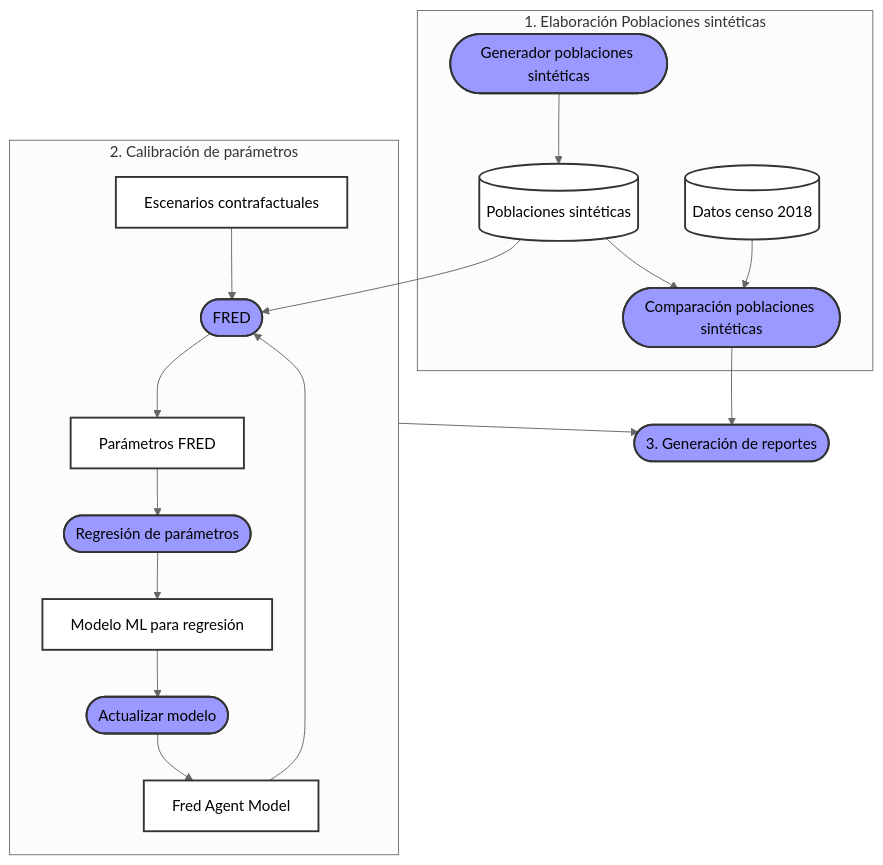
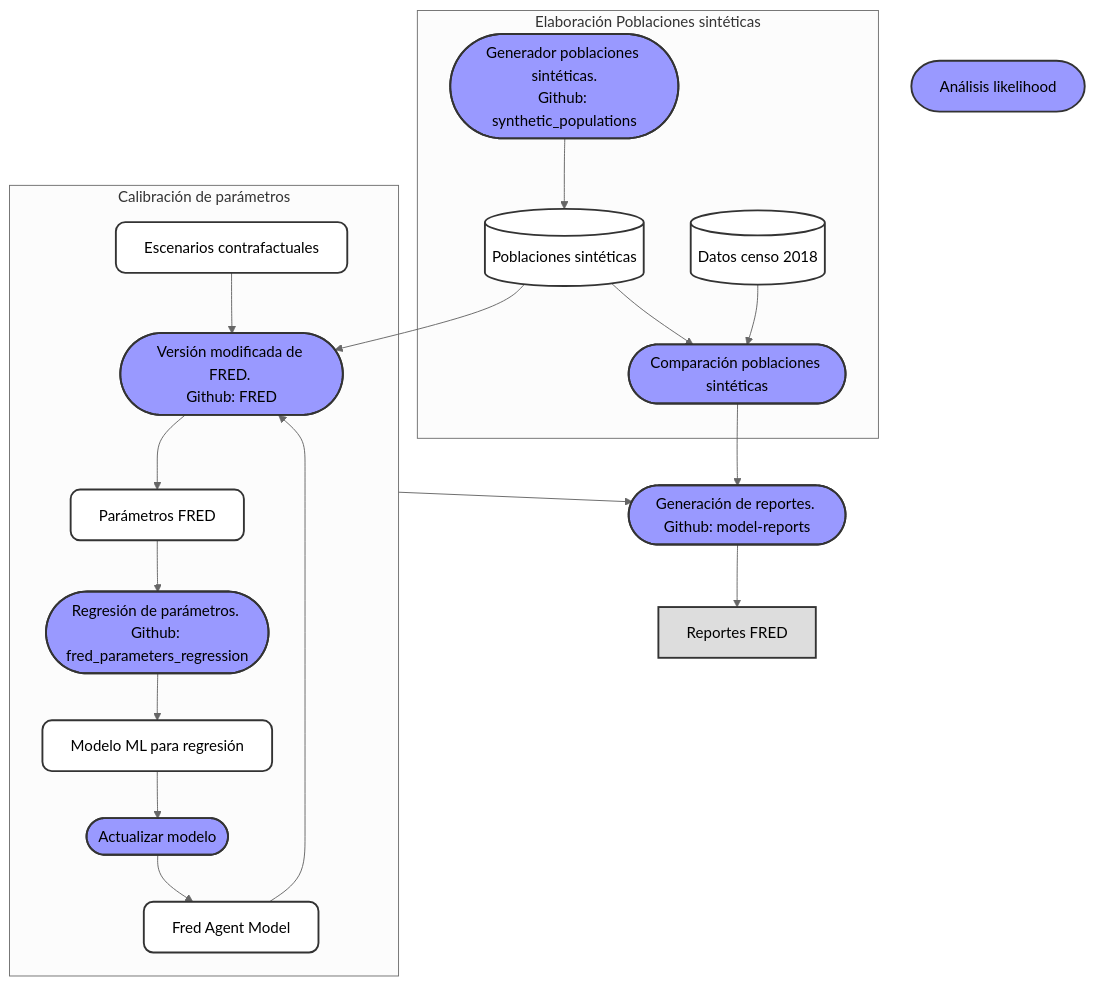
Before and after one commit to AGORA-COL/.github: the diagram in profile/FRED/FlujoDatos.md, drawn with Mermaid (neutral theme). The commit also changed other lines of this file and 2 other files, not shown here.

Commit message:
mejoras menores a la documentación

````diff
--- a/profile/FRED/FlujoDatos.md
+++ b/profile/FRED/FlujoDatos.md
@@ -11,47 +11,55 @@
 ```mermaid
 flowchart TB
-    subgraph EPS[1. Elaboración Poblaciones sintéticas]
-        GPS([Generador poblaciones sintéticas])
+    subgraph EPS[Elaboración Poblaciones sintéticas]
+        GPS(["`Generador poblaciones sintéticas.
+        Github: synthetic_populations`"])
         PS[(Poblaciones sintéticas)]
         CPS([Comparación poblaciones sintéticas])
         DC[(Datos censo 2018)]
     end 
     PS --> F
-    subgraph CP[2. Calibración de parámetros]
+    subgraph CP[Calibración de parámetros]
         EC[Escenarios contrafactuales]
         FAM[Fred Agent Model]
-        F([FRED])
+        F(["`Versión modificada de FRED. 
+        Github: FRED`"])
         FP[Parámetros FRED]
-        RP([Regresión de parámetros])
+        RP(["`Regresión de parámetros. Github: fred_parameters_regression`"])
         ML[Modelo ML para regresión]
         AM([Actualizar modelo])
-        FAM --> F --> FP --> RP --> ML --> AM --> FAM
-        EC --> F
+        EC --> F --> FP --> RP --> ML --> AM --> FAM --> F
     end
-    R([3. Generación de reportes])
+    GR(["`Generación de reportes. Github: model-reports`"])
+    R["Reportes FRED"]
+    AL["Análisis likelihood"]
+
 
     GPS --> PS --> CPS
     DC --> CPS
-    CP --> R
-    CPS --> R
+    CP --> GR
+    CPS --> GR
+    GR --> R
 
 
     %% Links
+    click DC "https://livejaverianaedu-my.sharepoint.com/personal/jemurillo_javeriana_edu_co/_layouts/15/onedrive.aspx?e=5%3Aa55942a7bb4246b7b87344e4c2d263b8&sharingv2=true&fromShare=true&at=9&CT=1727201099492&OR=OWA%2DNT%2DMail&CID=737d02ea%2Df0eb%2Df341%2Df361%2D9bbdab61b3a7&id=%2Fpersonal%2Fjemurillo%5Fjaveriana%5Fedu%5Fco%2FDocuments%2FJAVERIANA%2FProyecto%20AGORA%2FProyecto%20FRED%20AGORA%2FDatos%20FRED%2FFRED%2Dinputs&FolderCTID=0x012000FE02BE409825504DAFD5FA09F3B44529&view=0"
     click GPS "https://github.com/AGORA-COL/synthetic_populations"
-    click ML "https://github.com/AGORA-COL/fred_parameters_regression"
-    click R "https://github.com/AGORA-COL/model-reports"
+    click RP "https://github.com/AGORA-COL/fred_parameters_regression"
+    click GR "https://github.com/AGORA-COL/model-reports"
     click F "https://github.com/AGORA-COL/FRED"
     click FAM "https://github.com/AGORA-COL/fred_colombia_implementation"
+    click R "https://livejaverianaedu-my.sharepoint.com/personal/jemurillo_javeriana_edu_co/_layouts/15/onedrive.aspx?e=5%3A2dab2a3106a34429a7373e273d55a9c9&sharingv2=true&fromShare=true&at=9&CT=1727201153993&OR=OWA-NT-Mail&CID=0732b315-20f6-1e41-fe72-baa3f9a5bcb7&id=%2Fpersonal%2Fjemurillo_javeriana_edu_co%2FDocuments%2FJAVERIANA%2FProyecto%20AGORA%2FProyecto%20FRED%20AGORA%2FDatos%20FRED%2FReportes_FRED&FolderCTID=0x012000FE02BE409825504DAFD5FA09F3B44529&view=0"
+    click AL "https://github.com/AGORA-COL/analisis_likelihood"
 
     %% Styles
-
-    class F,R,RP,GPS,CPS,AM process;
+    class F,GR,RP,GPS,CPS,AM,AL process;
     class PS,DC repository;
     class EC,ML,FAM,FP model;
+    class R report;
 
-    classDef model fill:white,stroke:#333,stroke-width:2px,color:#000;
-    classDef process fill:#99f,stroke:#333,stroke-width:2px,color:black;
+    classDef model fill:#fff,stroke:#333,stroke-width:2px,color:#000,rx:10,ry:10;
+    classDef process fill:#99f,stroke:#333,stroke-width:2px,color:black,rx:30,ry:30;
     classDef repository fill:#fff,stroke:#333,stroke-width:2px,stroke: 5 5,color:#000;
     classDef software fill:orange,stroke:#333,stroke-width:2px,color:#000;
     classDef report fill:#ddd,stroke:#333,stroke-width:2px,color:#000;
 ```
````
